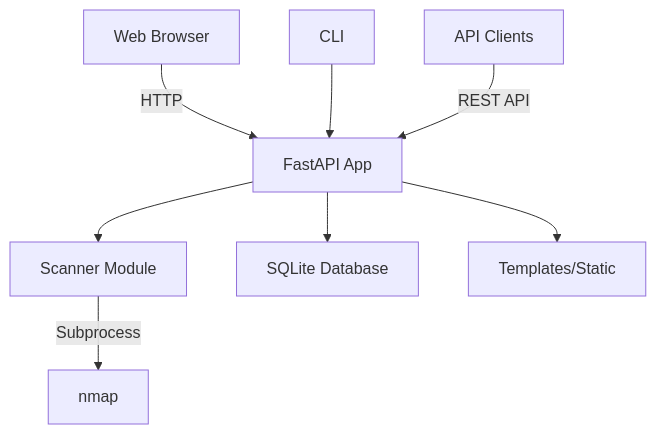
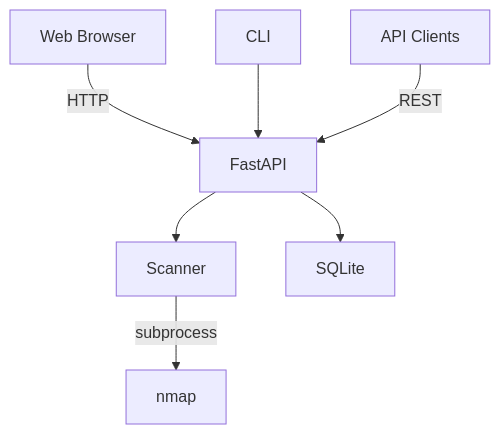
Before and after one commit to rangulvers/argus: the first of 2 diagrams in docs/development/architecture.md, drawn with Mermaid. The commit also changed other lines of this file and 15 other files, not shown here.

````diff
--- a/docs/development/architecture.md
+++ b/docs/development/architecture.md
@@ -9,10 +5,9 @@
 ```mermaid
 graph TD
-    A[Web Browser] -->|HTTP| B[FastAPI App]
-    B --> C[Scanner Module]
-    C -->|Subprocess| D[nmap]
-    B --> E[SQLite Database]
-    B --> F[Templates/Static]
+    A[Web Browser] -->|HTTP| B[FastAPI]
+    B --> C[Scanner]
+    C -->|subprocess| D[nmap]
+    B --> E[SQLite]
     G[CLI] --> B
-    H[API Clients] -->|REST API| B
+    H[API Clients] -->|REST| B
 ```
````
